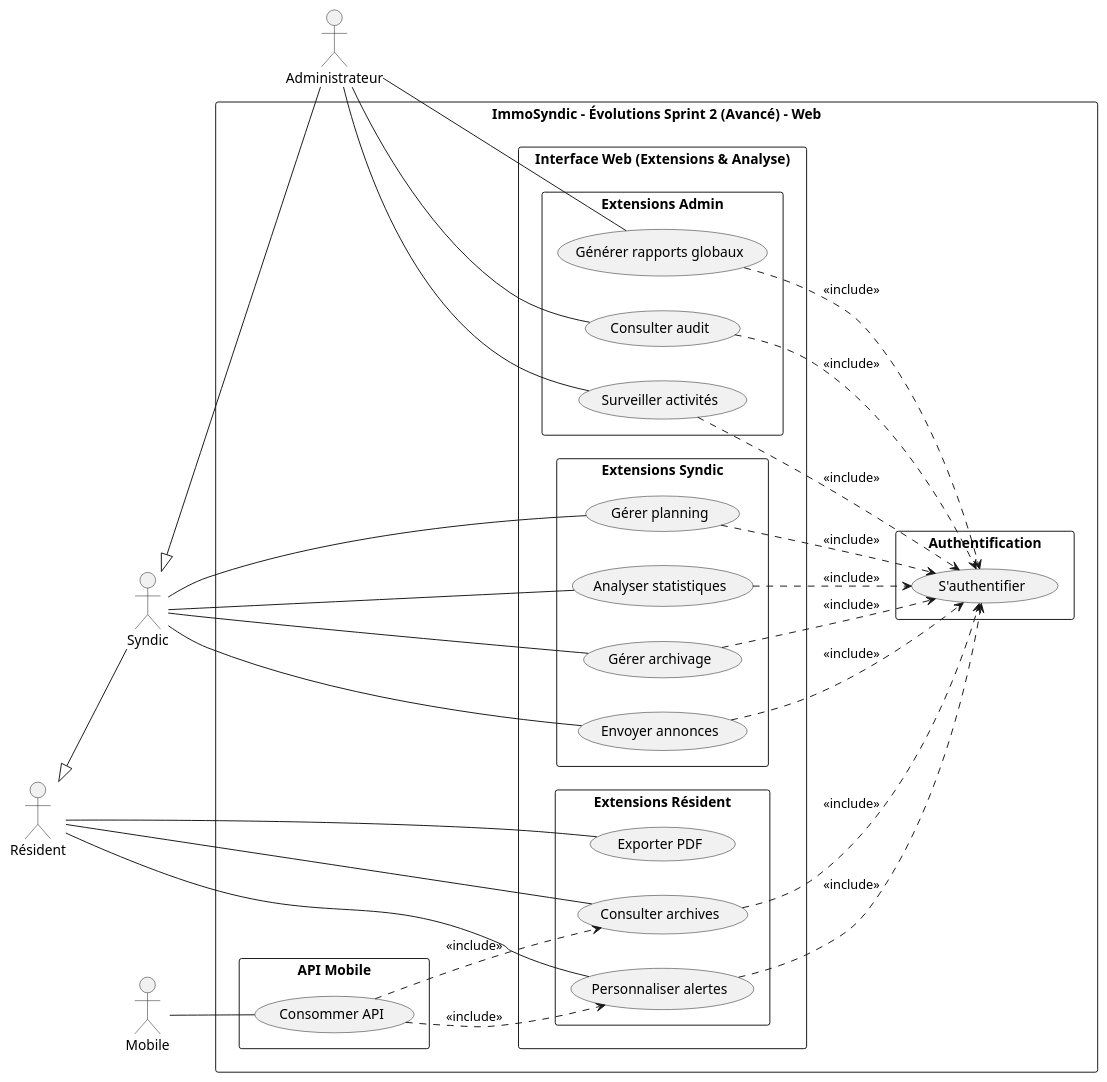
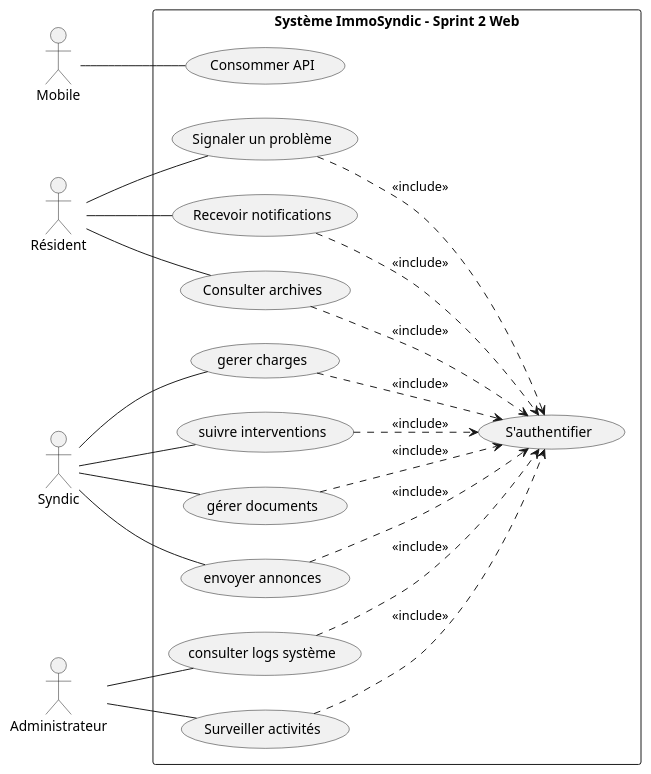
The diagram in analyse/ideation/cas_utilisation/use_case_sprint2_avance.puml (fadna-lakhouchen/Projet-finale), drawn with PlantUML before and after one commit. The commit also changed 27 other files, not shown here.

```diff
--- a/analyse/ideation/cas_utilisation/use_case_sprint2_avance.puml
+++ b/analyse/ideation/cas_utilisation/use_case_sprint2_avance.puml
@@ -1,80 +1,64 @@
-@startuml ImmoSyndic_Sprint2_Web
+@startuml ImmoSyndic_MVP_Web_Clean
 left to right direction
 skinparam packageStyle rectangle
 skinparam shadowing false
 
+actor "Mobile" as Mobile
 actor "Résident" as Resident
 actor "Syndic" as Syndic
 actor "Administrateur" as Admin
-actor "Mobile" as Mobile
 
-' Hierarchy
-Resident <|-- Syndic
-Syndic <|-- Admin
+rectangle "Système ImmoSyndic - Sprint 2 Web" {
 
-rectangle "ImmoSyndic - Évolutions Sprint 2 (Avancé) - Web" {
+  ' Auth central
+  usecase "S'authentifier" as Auth
+' API
+  usecase "Consommer API" as ProvideAPI
 
-  package "Authentification" {
-    usecase "S'authentifier" as Auth
-  }
+  ' Résident
+  usecase "Signaler un problème" as ReportIssue
+  usecase "Recevoir notifications" as GetNotifs
+  usecase "Consulter archives" as ViewArchives
 
-  package "Interface Web (Extensions & Analyse)" {
-    
-    package "Extensions Résident" {
-      usecase "Consulter archives" as ViewArchives
-      usecase "Exporter PDF" as ExportPDF
-      usecase "Personnaliser alertes" as SetAlerts
 
-      ViewArchives ..> Auth : <<include>>
-      SetAlerts ..> Auth : <<include>>
-    }
+  ' Syndic
+  usecase "gerer charges" as ManageCharges
+  usecase "suivre interventions" as TrackInterventions
+  usecase "gérer documents" as ManageDocuments
+  usecase "envoyer annonces" as SendNews
 
-    package "Extensions Syndic" {
-      usecase "Gérer planning" as ManagePlanning
-      usecase "Analyser statistiques" as ViewStats
-      usecase "Gérer archivage" as ArchiveDocs
-      usecase "Envoyer annonces" as SendNews
+  ' Admin
+  usecase "consulter logs système" as ViewLogs
+  usecase "Surveiller activités" as MonitorActivity
 
-      ManagePlanning ..> Auth : <<include>>
-      ViewStats ..> Auth : <<include>>
-      ArchiveDocs ..> Auth : <<include>>
-      SendNews ..> Auth : <<include>>
-    }
 
-    package "Extensions Admin" {
-      usecase "Générer rapports globaux" as GlobalReports
-      usecase "Consulter audit" as AuditLogs
-      usecase "Surveiller activités" as MonitorActivity
-
-      GlobalReports ..> Auth : <<include>>
-      AuditLogs ..> Auth : <<include>>
-      MonitorActivity ..> Auth : <<include>>
-    }
-  }
-
-  package "API Mobile" {
-    usecase "Consommer API" as ConsumeAPI
-    
-    ConsumeAPI ..> ViewArchives : <<include>>
-    ConsumeAPI ..> SetAlerts : <<include>>
-  }
+  ' includes → كلشي كيمشي ل Auth
+  ReportIssue ..> Auth : <<include>>
+  GetNotifs ..> Auth : <<include>>
+  ViewArchives ..> Auth : <<include>>
+  ManageCharges ..> Auth : <<include>>
+  TrackInterventions ..> Auth : <<include>>
+  ManageDocuments ..> Auth : <<include>>
+  SendNews ..> Auth : <<include>>
+  ViewLogs ..> Auth : <<include>>
+  MonitorActivity ..> Auth : <<include>>
 }
 
-' Connections
+' Actors connections 
+Mobile -- ProvideAPI
+
+Resident -- ReportIssue
+Resident -- GetNotifs
 Resident -- ViewArchives
-Resident -- ExportPDF
-Resident -- SetAlerts
 
-Syndic -- ManagePlanning
-Syndic -- ViewStats
-Syndic -- ArchiveDocs
+Syndic -- ManageCharges
+Syndic -- TrackInterventions
+Syndic -- ManageDocuments
 Syndic -- SendNews
 
-Admin -- GlobalReports
-Admin -- AuditLogs
+Admin -- ViewLogs
 Admin -- MonitorActivity
 
-' Connections Mobile
-Mobile -- ConsumeAPI
+
 
 @enduml
```
